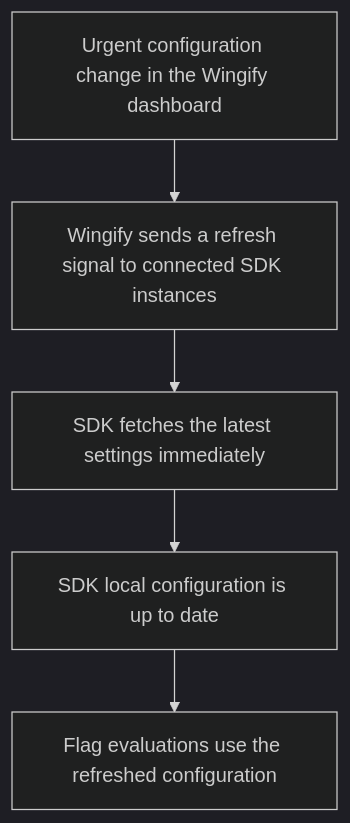
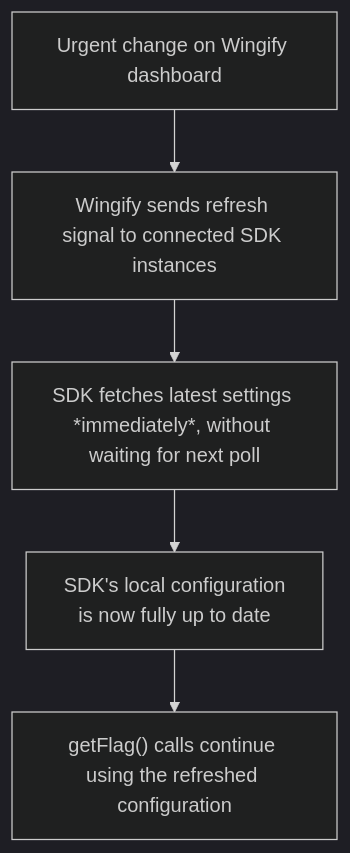
One commit to wingify/readme-central changed the third of 3 diagrams in docs/Concepts/fme-panic-mode-and-force-refresh.md. Above: the diagram before and after it, drawn with Mermaid (dark theme). The commit also changed other lines of this file, not shown here.

Commit message:
Update doc `fme-panic-mode-and-force-refresh`

````diff
--- a/docs/Concepts/fme-panic-mode-and-force-refresh.md
+++ b/docs/Concepts/fme-panic-mode-and-force-refresh.md
@@ -73,10 +104,10 @@
 ```mermaid
 flowchart TD
-  A["Urgent configuration change in the Wingify dashboard"]
-  B["Wingify sends a refresh signal to connected SDK instances"]
-  C["SDK fetches the latest settings immediately"]
-  D["SDK local configuration is up to date"]
-  E["Flag evaluations use the refreshed configuration"]
+A["Urgent change on Wingify dashboard"] --> B["Wingify sends refresh signal to connected SDK instances"]
 
-  A --> B --> C --> D --> E
+B --> C["SDK fetches latest settings *immediately*, without waiting for next poll"]
+
+C --> D["SDK's local configuration\nis now fully up to date"]
+
+D --> E["getFlag() calls continue using the refreshed configuration"]
 ```
````
